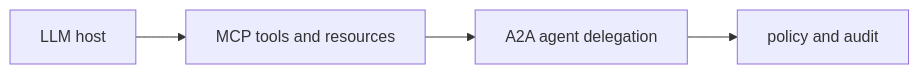
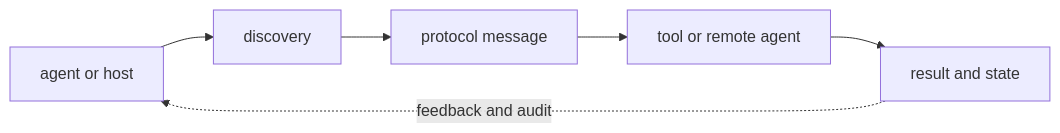
The first of 2 diagrams in llm-learning-repository/tutorials/04-agents-and-protocols/21-interoperability.md (niyama-admin/learning-lab), drawn with Mermaid before and after one commit. The commit also changed other lines of this file and 24 other files, not shown here.

````diff
--- a/llm-learning-repository/tutorials/04-agents-and-protocols/21-interoperability.md
+++ b/llm-learning-repository/tutorials/04-agents-and-protocols/21-interoperability.md
@@ -9,6 +22,8 @@
 ```mermaid
 flowchart LR
-  A["LLM host"] --> B["MCP tools and resources"]
-  B["MCP tools and resources"] --> C["A2A agent delegation"]
-  C["A2A agent delegation"] --> D["policy and audit"]
+  A["agent or host"] --> B["discovery"]
+  B --> C["protocol message"]
+  C --> D["tool or remote agent"]
+  D --> E["result and state"]
+  E -. feedback and audit .-> A
 ```
````
